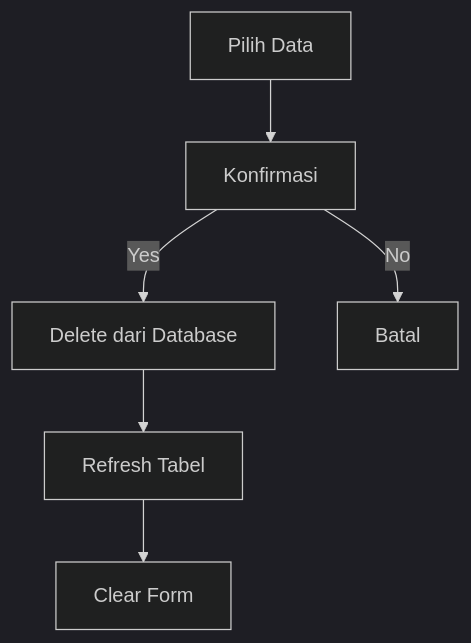
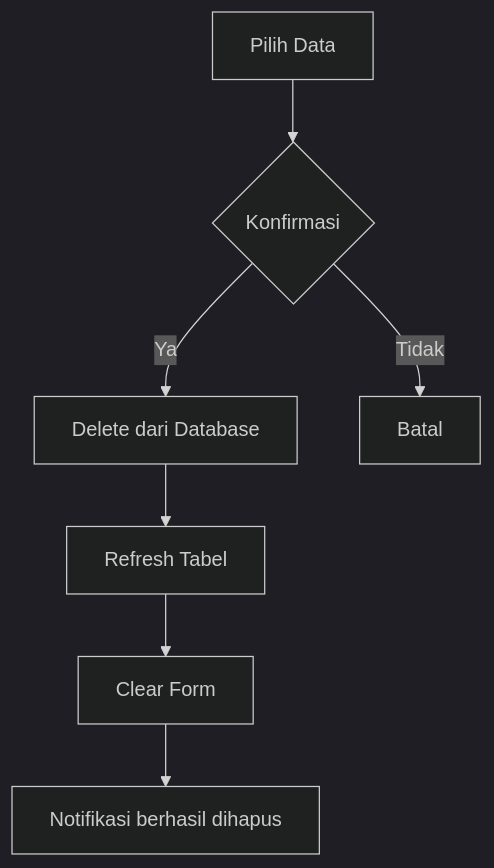
The fourth of 5 diagrams in README.md (kiy4h/TP5DPBO2024C2), drawn with Mermaid (dark theme) before and after one commit. The commit also changed other lines of this file, not shown here.

````diff
--- a/README.md
+++ b/README.md
@@ -79,8 +73,9 @@
 ```mermaid
     graph TD
-        A[Pilih Data] --> B[Konfirmasi]
-        B -->|Yes| C[Delete dari Database]
-        B -->|No| D[Batal]
+        A[Pilih Data] --> B{Konfirmasi}
+        B -->|Ya| C[Delete dari Database]
+        B -->|Tidak| D[Batal]
         C --> E[Refresh Tabel]
         E --> F[Clear Form]
+        F --> G[Notifikasi berhasil dihapus]
 ```
````
